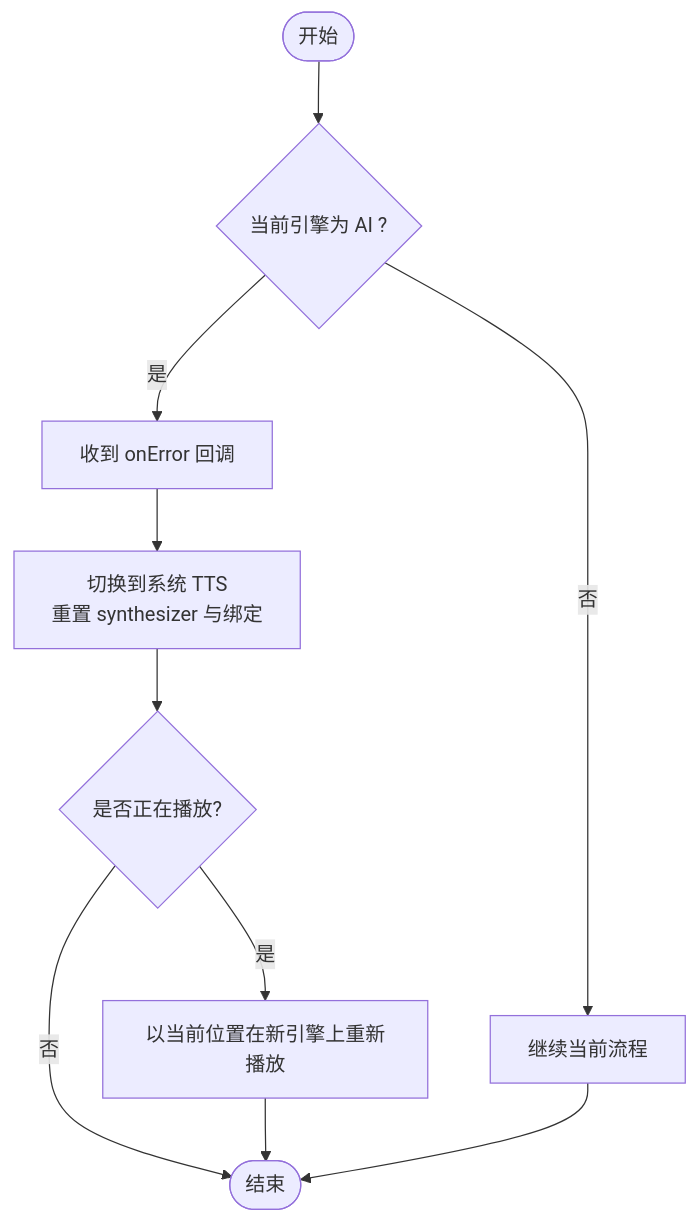
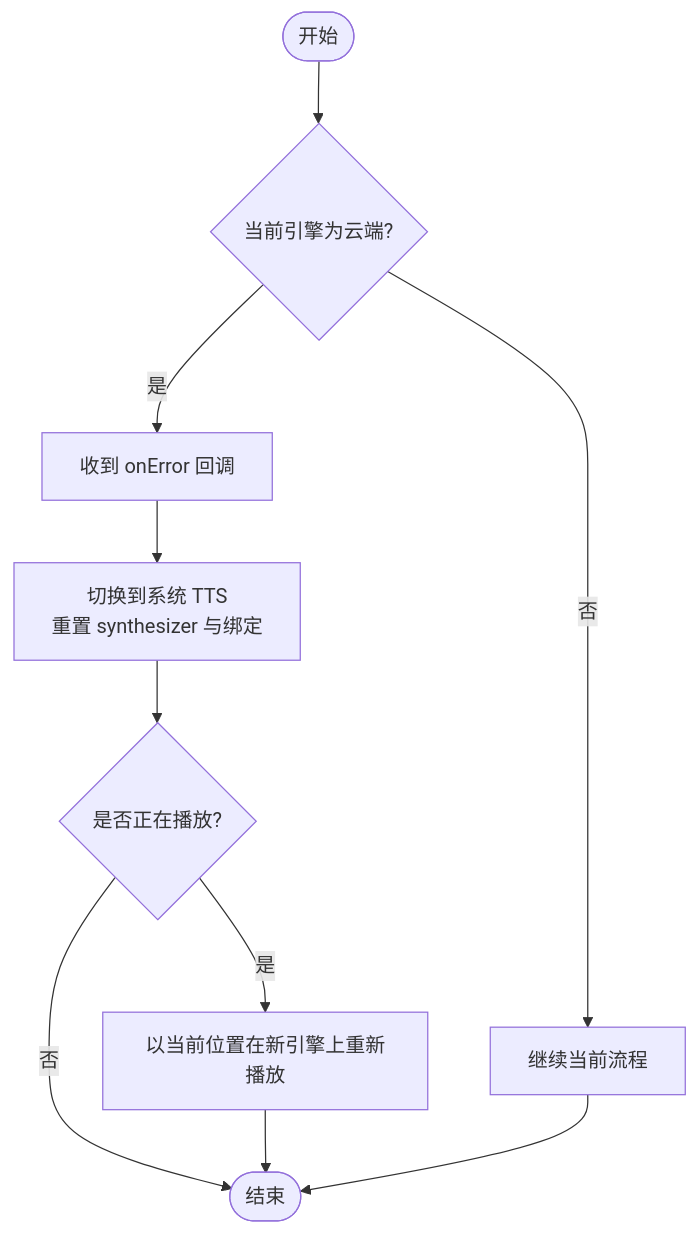
One commit to Primoguo/VoiceReader changed the ninth of 10 diagrams in .qoder/repowiki/zh/content/架构设计/服务层设计/服务层设计.md. Above: the diagram before and after it, drawn with Mermaid. The commit also changed other lines of this file and 29 other files, not shown here.

````diff
--- a/.qoder/repowiki/zh/content/架构设计/服务层设计/服务层设计.md
+++ b/.qoder/repowiki/zh/content/架构设计/服务层设计/服务层设计.md
@@ -492,12 +596,12 @@
 ```mermaid
 flowchart TD
-Start(["开始"]) --> CheckEngine{"当前引擎为 AI ?"}
+Start(["开始"]) --> CheckEngine{"当前引擎为云端?"}
 CheckEngine --> |否| Continue["继续当前流程"]
 CheckEngine --> |是| OnError["收到 onError 回调"]
 OnError --> Switch["切换到系统 TTS<br/>重置 synthesizer 与绑定"]
 Switch --> ResumePlay{"是否正在播放?"}
 ResumePlay --> |是| Restart["以当前位置在新引擎上重新播放"]
 ResumePlay --> |否| End(["结束"])
 Restart --> End
 Continue --> End
 ```
````
